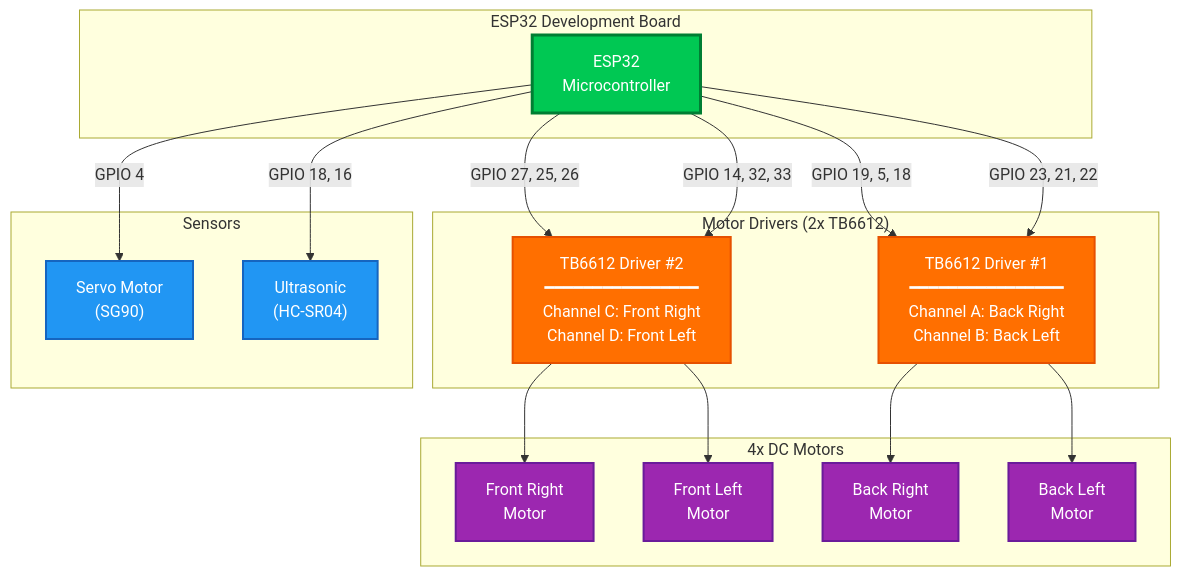
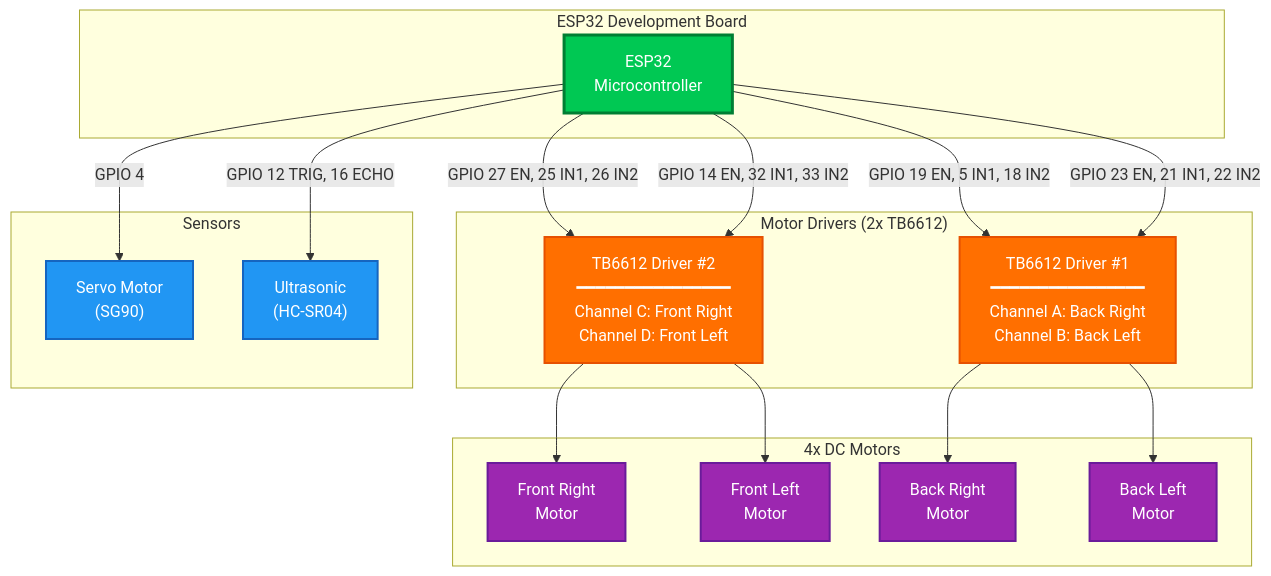
The third of 4 diagrams in Vehicule/README.md (Yaniv23/final-project-gesture-car), drawn with Mermaid before and after one commit. The commit also changed other lines of this file and 1 other file, not shown here.

````diff
--- a/Vehicule/README.md
+++ b/Vehicule/README.md
@@ -119,45 +119,45 @@
 ```mermaid
 graph TB
     subgraph ESP32["ESP32 Development Board"]
         ESP32MCU["ESP32<br/>Microcontroller"]
     end
     
     subgraph MotorDrivers["Motor Drivers (2x TB6612)"]
         Driver1["TB6612 Driver #1<br/>━━━━━━━━━━━━━━━━<br/>Channel A: Back Right<br/>Channel B: Back Left"]
         Driver2["TB6612 Driver #2<br/>━━━━━━━━━━━━━━━━<br/>Channel C: Front Right<br/>Channel D: Front Left"]
     end
     
     subgraph Motors["4x DC Motors"]
         FR["Front Right<br/>Motor"]
         FL["Front Left<br/>Motor"]
         BR["Back Right<br/>Motor"]
         BL["Back Left<br/>Motor"]
     end
     
     subgraph Sensors["Sensors"]
         Servo["Servo Motor<br/>(SG90)"]
         Ultrasonic["Ultrasonic<br/>(HC-SR04)"]
     end
     
-    ESP32MCU -->|GPIO 27, 25, 26| Driver2
-    ESP32MCU -->|GPIO 19, 5, 18| Driver1
-    ESP32MCU -->|GPIO 23, 21, 22| Driver1
-    ESP32MCU -->|GPIO 14, 32, 33| Driver2
+    ESP32MCU -->|GPIO 27 EN, 25 IN1, 26 IN2| Driver2
+    ESP32MCU -->|GPIO 19 EN, 5 IN1, 18 IN2| Driver1
+    ESP32MCU -->|GPIO 23 EN, 21 IN1, 22 IN2| Driver1
+    ESP32MCU -->|GPIO 14 EN, 32 IN1, 33 IN2| Driver2
     ESP32MCU -->|GPIO 4| Servo
-    ESP32MCU -->|GPIO 18, 16| Ultrasonic
+    ESP32MCU -->|GPIO 12 TRIG, 16 ECHO| Ultrasonic
     
     Driver1 --> BR
     Driver1 --> BL
     Driver2 --> FR
     Driver2 --> FL
     
     classDef esp32 fill:#00C853,stroke:#007E33,stroke-width:3px,color:#fff
     classDef driver fill:#FF6F00,stroke:#E65100,stroke-width:2px,color:#fff
     classDef motor fill:#9C27B0,stroke:#6A1B9A,stroke-width:2px,color:#fff
     classDef sensor fill:#2196F3,stroke:#1565C0,stroke-width:2px,color:#fff
     
     class ESP32MCU esp32
     class Driver1,Driver2 driver
     class FR,FL,BR,BL motor
     class Servo,Ultrasonic sensor
 ```
````
